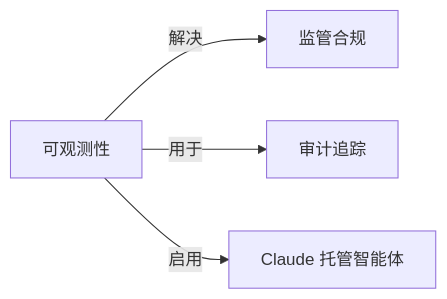
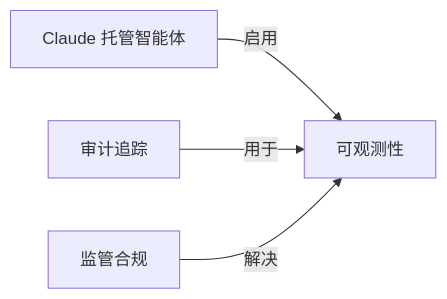
Before and after one commit to yibie/claude-best-practices-zh: the diagram in wiki/可观测性.md, drawn with Mermaid. The commit also changed other lines of this file and 407 other files, not shown here.

Commit message:
feat: DeepSeek 三遍审校（译文/关系/图谱）+ 可部署静态站点

````diff
--- a/wiki/可观测性.md
+++ b/wiki/可观测性.md
@@ -45,7 +46,7 @@
 ```mermaid
 graph LR
   C["可观测性"]
-  C -->|解决| N0["监管合规"]
-  C -->|用于| N1["审计追踪"]
-  C -->|启用| N2["Claude 托管智能体"]
+  N0["Claude 托管智能体"] -->|启用| C
+  N1["审计追踪"] -->|用于| C
+  N2["监管合规"] -->|解决| C
 ```
````
